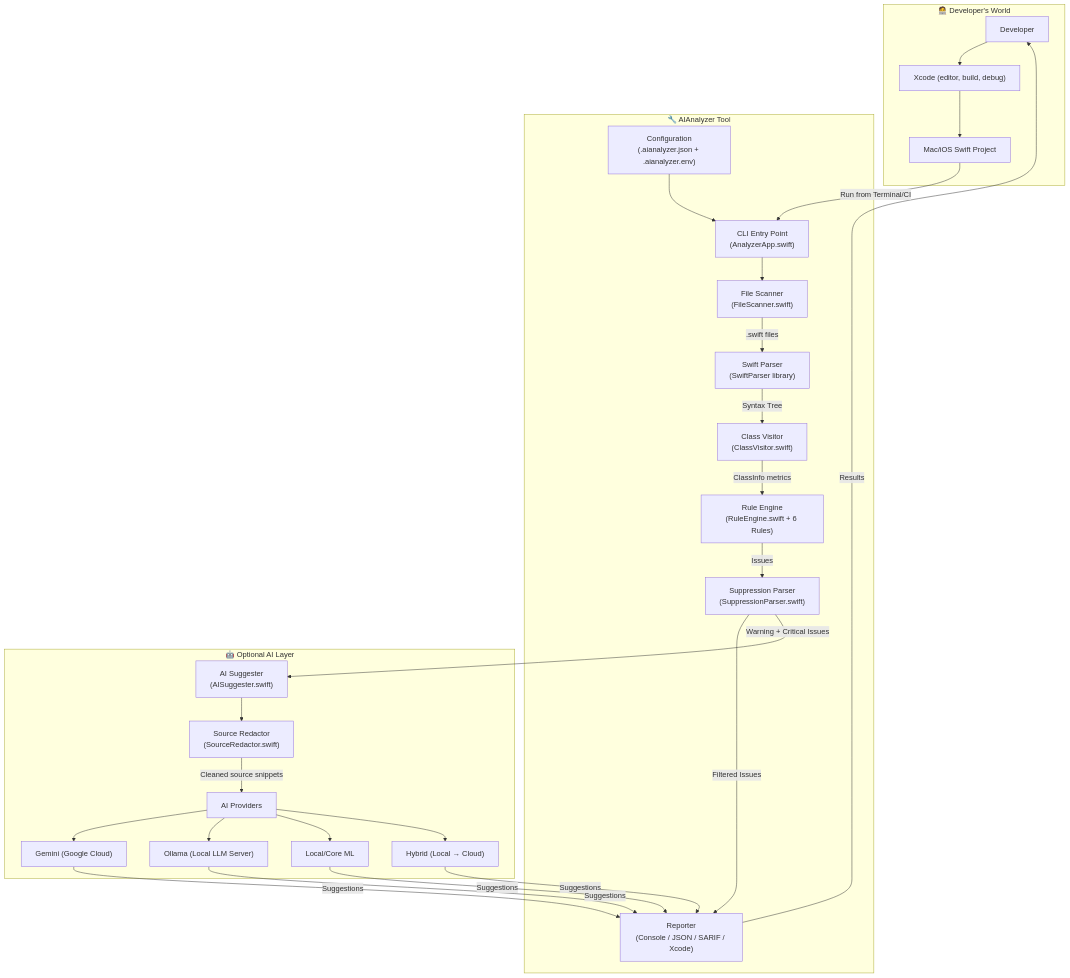
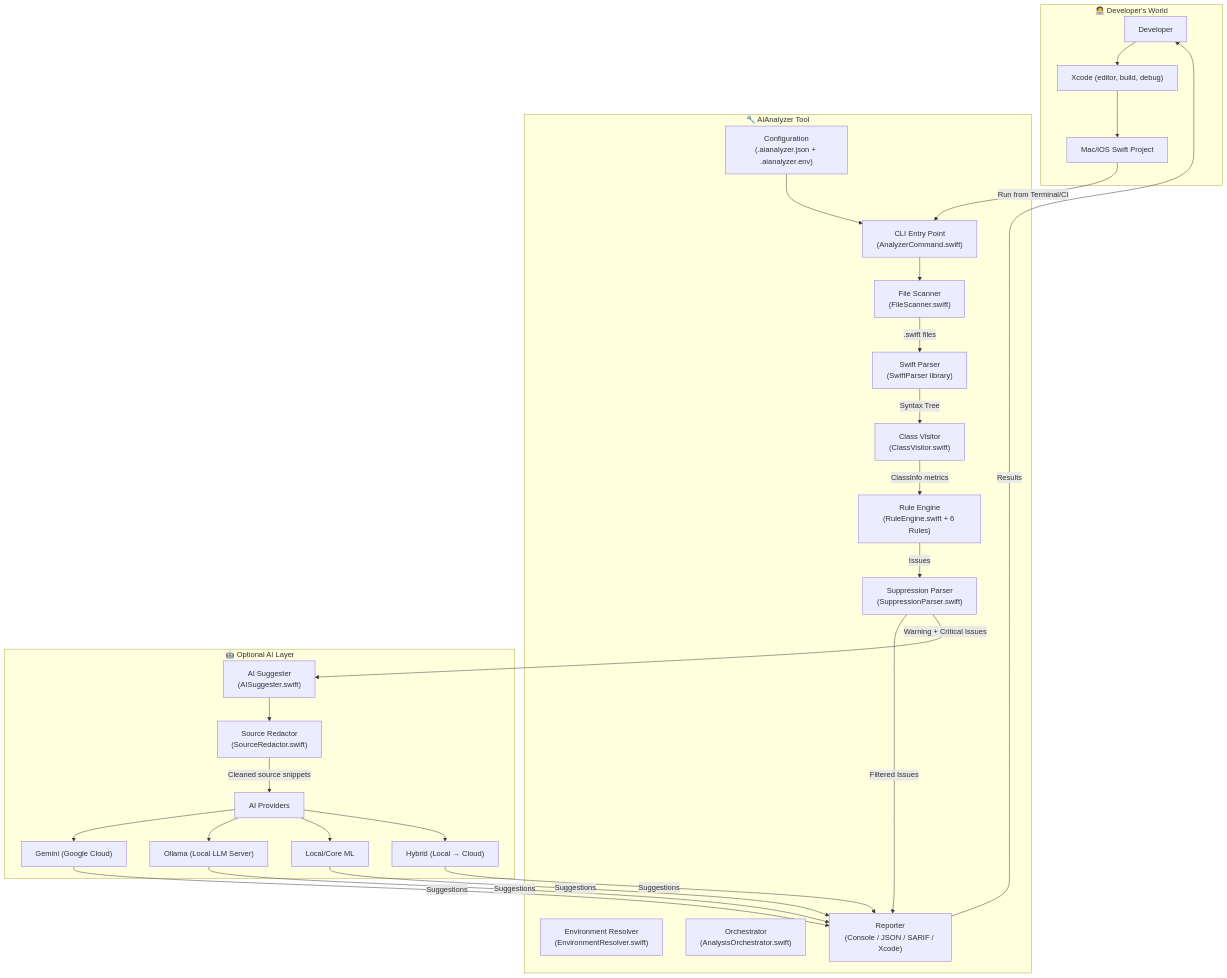
Before and after one commit to elangbamjohnson/AIAnalyzer: the first of 3 diagrams in docs/DEVELOPER_HANDOUT.md, drawn with Mermaid. The commit also changed other lines of this file and 19 other files, not shown here.

Commit message:
feat: migrate CLI to swift-argument-parser, fix type classification, and automate release

````diff
--- a/docs/DEVELOPER_HANDOUT.md
+++ b/docs/DEVELOPER_HANDOUT.md
@@ -50,51 +50,53 @@
 ```mermaid
 flowchart TD
     subgraph "🧑‍💻 Developer's World"
         Dev["Developer"]
         Xcode["Xcode (editor, build, debug)"]
         SwiftProject["Mac/iOS Swift Project"]
     end
 
     subgraph "🔧 AIAnalyzer Tool"
-        CLI["CLI Entry Point<br/>(AnalyzerApp.swift)"]
+        CLI["CLI Entry Point<br/>(AnalyzerCommand.swift)"]
         Config["Configuration<br/>(.aianalyzer.json + .aianalyzer.env)"]
+        Env["Environment Resolver<br/>(EnvironmentResolver.swift)"]
+        Orchestrator["Orchestrator<br/>(AnalysisOrchestrator.swift)"]
         Scanner["File Scanner<br/>(FileScanner.swift)"]
         Parser["Swift Parser<br/>(SwiftParser library)"]
         Visitor["Class Visitor<br/>(ClassVisitor.swift)"]
         Rules["Rule Engine<br/>(RuleEngine.swift + 6 Rules)"]
         Suppression["Suppression Parser<br/>(SuppressionParser.swift)"]
         Reporter["Reporter<br/>(Console / JSON / SARIF / Xcode)"]
     end
 
     subgraph "🤖 Optional AI Layer"
         AISuggester["AI Suggester<br/>(AISuggester.swift)"]
         Redactor["Source Redactor<br/>(SourceRedactor.swift)"]
         AIProviders["AI Providers"]
         Gemini["Gemini (Google Cloud)"]
         Ollama["Ollama (Local LLM Server)"]
         LocalML["Local/Core ML"]
         Hybrid["Hybrid (Local → Cloud)"]
     end
 
     Dev --> Xcode --> SwiftProject
     SwiftProject -->|"Run from Terminal/CI"| CLI
     Config --> CLI
     CLI --> Scanner
     Scanner -->|".swift files"| Parser
     Parser -->|"Syntax Tree"| Visitor
     Visitor -->|"ClassInfo metrics"| Rules
     Rules -->|"Issues"| Suppression
     Suppression -->|"Filtered Issues"| Reporter
     Suppression -->|"Warning + Critical Issues"| AISuggester
     AISuggester --> Redactor
     Redactor -->|"Cleaned source snippets"| AIProviders
     AIProviders --> Gemini
     AIProviders --> Ollama
     AIProviders --> LocalML
     AIProviders --> Hybrid
     Gemini -->|"Suggestions"| Reporter
     Ollama -->|"Suggestions"| Reporter
     LocalML -->|"Suggestions"| Reporter
     Hybrid -->|"Suggestions"| Reporter
     Reporter -->|"Results"| Dev
 ```
````
